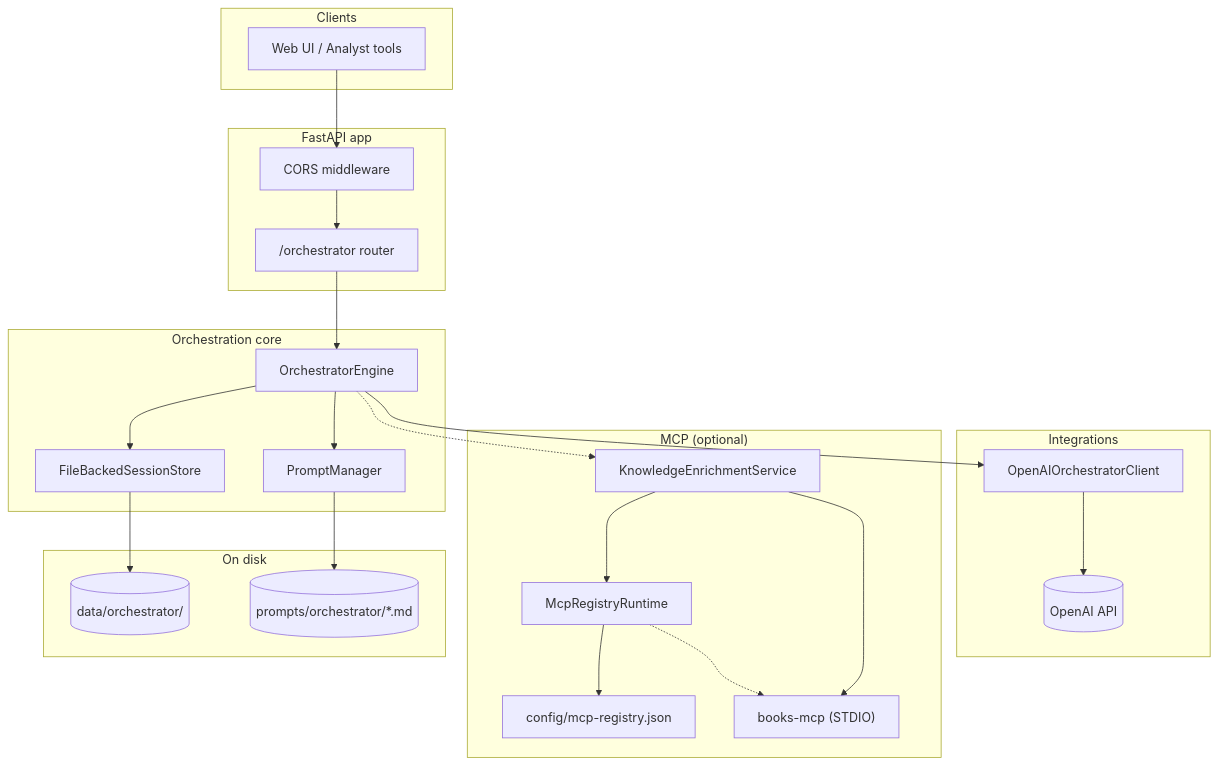
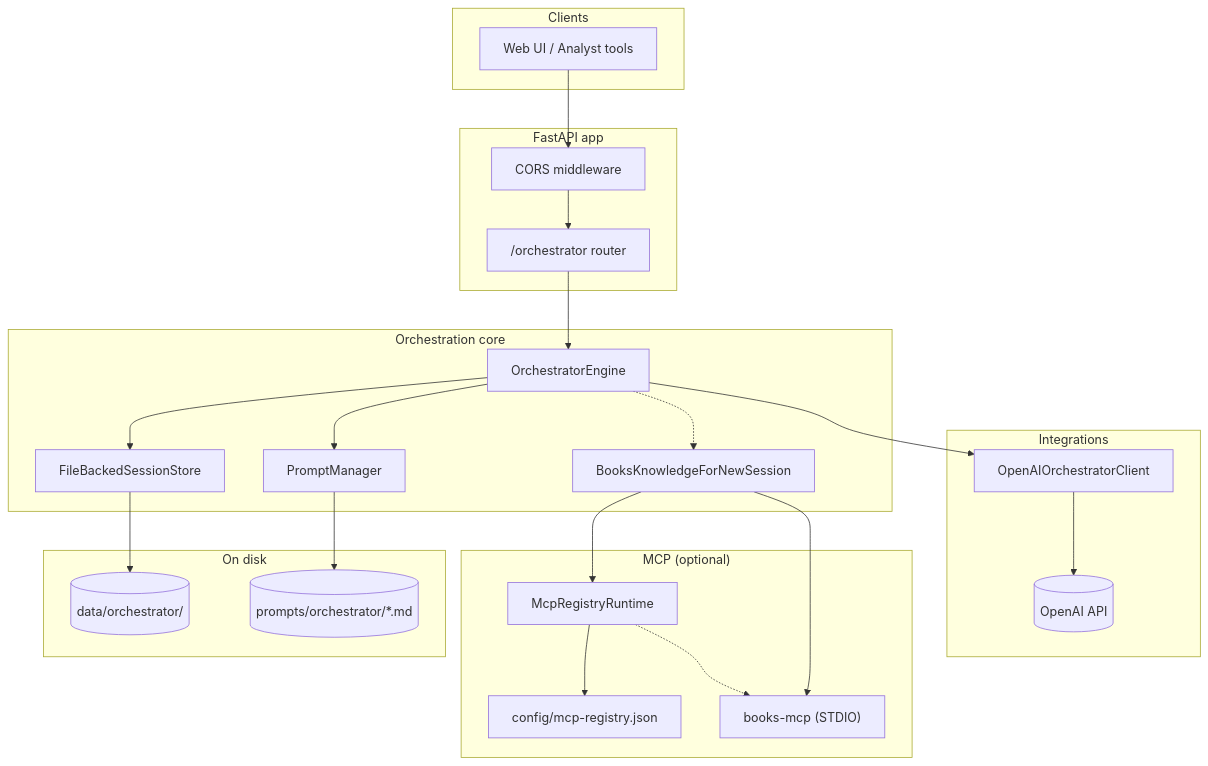
The first of 3 diagrams in services/orchestration-server/docs/overview.md (BobLeBuildeur/DiscordBot), drawn with Mermaid before and after one commit. The commit also changed other lines of this file and 12 other files, not shown here.

````diff
--- a/services/orchestration-server/docs/overview.md
+++ b/services/orchestration-server/docs/overview.md
@@ -7,48 +7,48 @@
 ```mermaid
 flowchart TB
     subgraph Client["Clients"]
         UI[Web UI / Analyst tools]
     end
 
     subgraph FastAPI["FastAPI app"]
         MW[CORS middleware]
         R["/orchestrator router"]
     end
 
     subgraph Engine["Orchestration core"]
         OE[OrchestratorEngine]
         PM[PromptManager]
         FS[FileBackedSessionStore]
+        BK[BooksKnowledgeForNewSession]
     end
 
     subgraph Integrations["Integrations"]
         OAI[OpenAIOrchestratorClient]
         OAIAPI[(OpenAI API)]
     end
 
     subgraph MCP["MCP (optional)"]
         MR[McpRegistryRuntime]
-        KE[KnowledgeEnrichmentService]
         REG["config/mcp-registry.json"]
         BMCP["books-mcp (STDIO)"]
     end
 
     subgraph Artifacts["On disk"]
         DATA[(data/orchestrator/)]
         PROMPTS[(prompts/orchestrator/*.md)]
     end
 
     UI --> MW --> R
     R --> OE
     OE --> PM
     OE --> FS
     OE --> OAI
     OAI --> OAIAPI
-    OE -.-> KE
-    KE --> MR
-    KE --> BMCP
+    OE -.-> BK
+    BK --> MR
+    BK --> BMCP
     MR --> REG
     MR -.-> BMCP
     PM --> PROMPTS
     FS --> DATA
 ```
````
